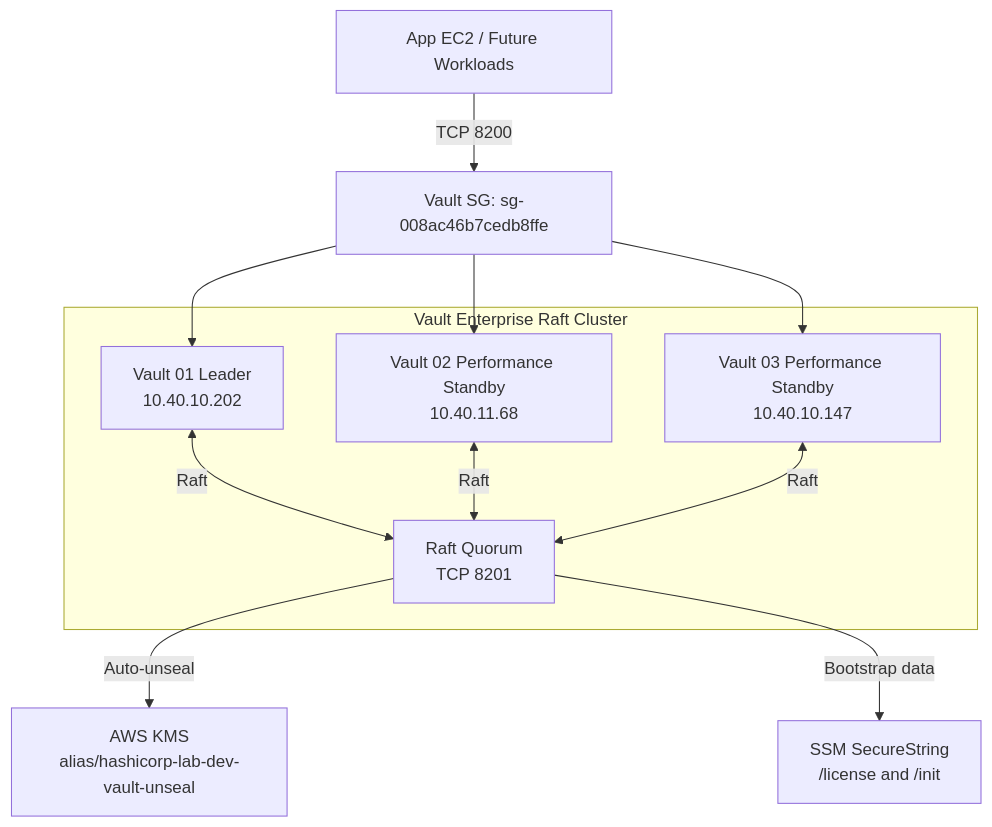
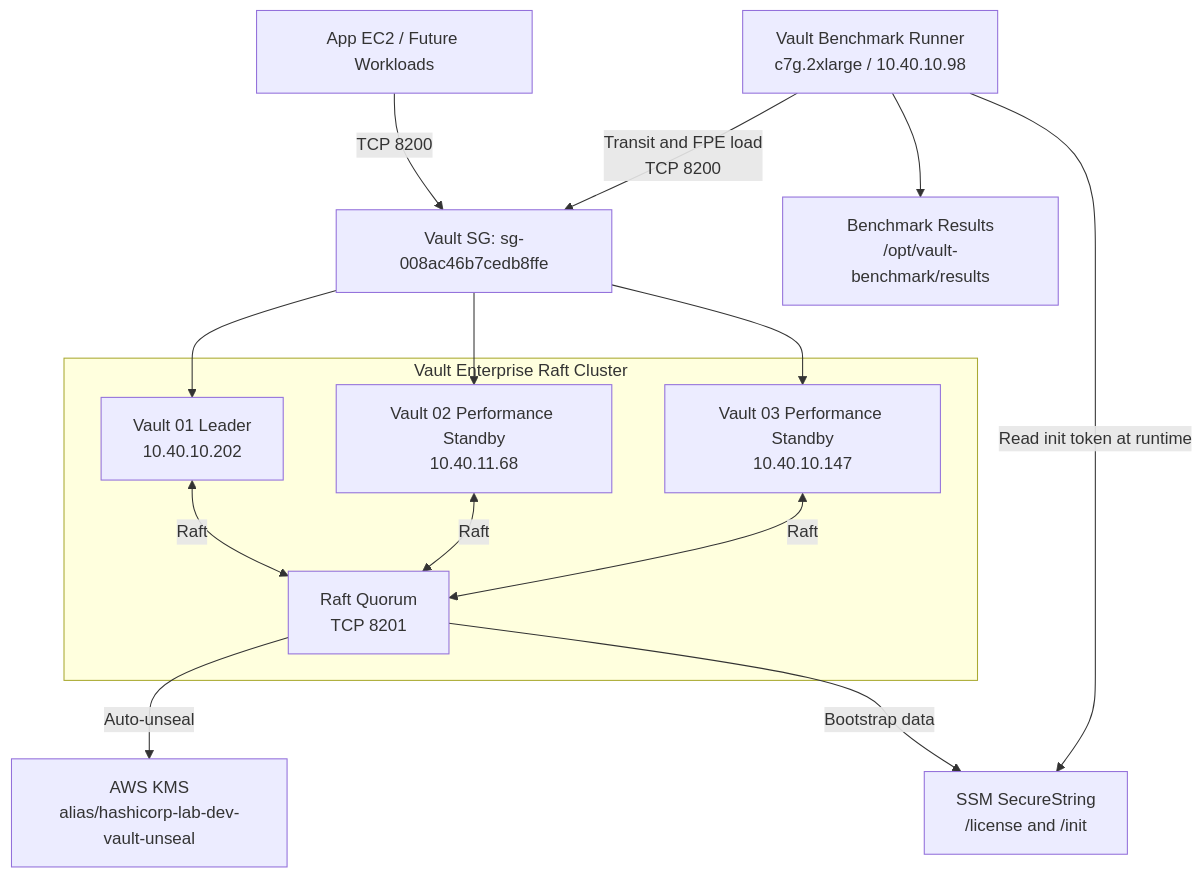
Before and after one commit to Byeongwook-Heo/Hashicorp-: the third of 6 diagrams in docs/architecture.md, drawn with Mermaid. The commit also changed other lines of this file and 10 other files, not shown here.

Commit message:
Add Vault benchmark runner and smoke results

````diff
--- a/docs/architecture.md
+++ b/docs/architecture.md
@@ -111,27 +114,32 @@
 ```mermaid
 flowchart TB
   APP["App EC2 / Future Workloads"]
+  BENCH["Vault Benchmark Runner\nc7g.2xlarge / 10.40.10.98"]
   VAULTSG["Vault SG: sg-008ac46b7cedb8ffe"]
 
   subgraph CLUSTER["Vault Enterprise Raft Cluster"]
     V1["Vault 01 Leader\n10.40.10.202"]
     Q["Raft Quorum\nTCP 8201"]
     V2["Vault 02 Performance Standby\n10.40.11.68"]
     V3["Vault 03 Performance Standby\n10.40.10.147"]
   end
 
   KMS["AWS KMS\nalias/hashicorp-lab-dev-vault-unseal"]
   SSM["SSM SecureString\n/license and /init"]
+  RESULT["Benchmark Results\n/opt/vault-benchmark/results"]
 
   APP -->|"TCP 8200"| VAULTSG
+  BENCH -->|"Transit and FPE load\nTCP 8200"| VAULTSG
   VAULTSG --> V1
   VAULTSG --> V2
   VAULTSG --> V3
 
   V1 <-->|"Raft"| Q
   V2 <-->|"Raft"| Q
   V3 <-->|"Raft"| Q
 
   Q -->|"Auto-unseal"| KMS
   Q -->|"Bootstrap data"| SSM
+  BENCH -->|"Read init token at runtime"| SSM
+  BENCH --> RESULT
 ```
````
